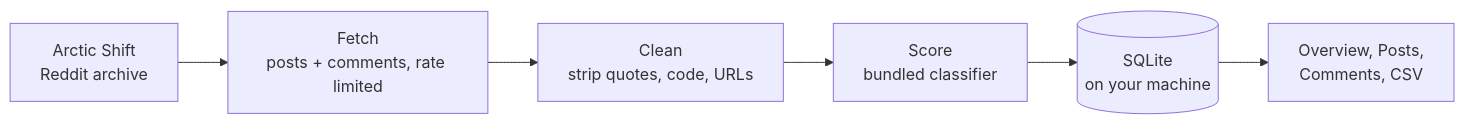
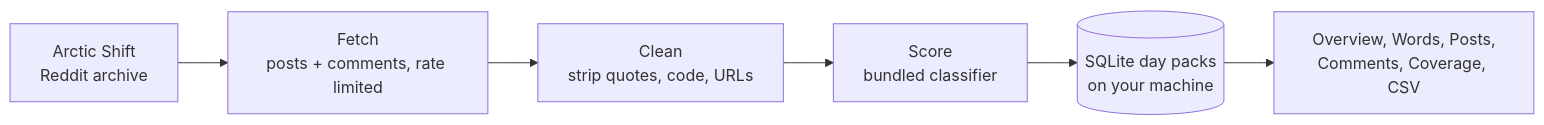
The diagram in README.md (nekomancer01/ikari), drawn with Mermaid before and after one commit. The commit also changed other lines of this file and 11 other files, not shown here.

````diff
--- a/README.md
+++ b/README.md
@@ -119,8 +128,8 @@
 ```mermaid
 flowchart LR
     A["Arctic Shift<br/>Reddit archive"] --> B["Fetch<br/>posts + comments, rate limited"]
     B --> C["Clean<br/>strip quotes, code, URLs"]
     C --> D["Score<br/>bundled classifier"]
-    D --> E[("SQLite<br/>on your machine")]
-    E --> F["Overview, Posts,<br/>Comments, CSV"]
+    D --> E[("SQLite day packs<br/>on your machine")]
+    E --> F["Overview, Words, Posts,<br/>Comments, Coverage, CSV"]
 ```
````
